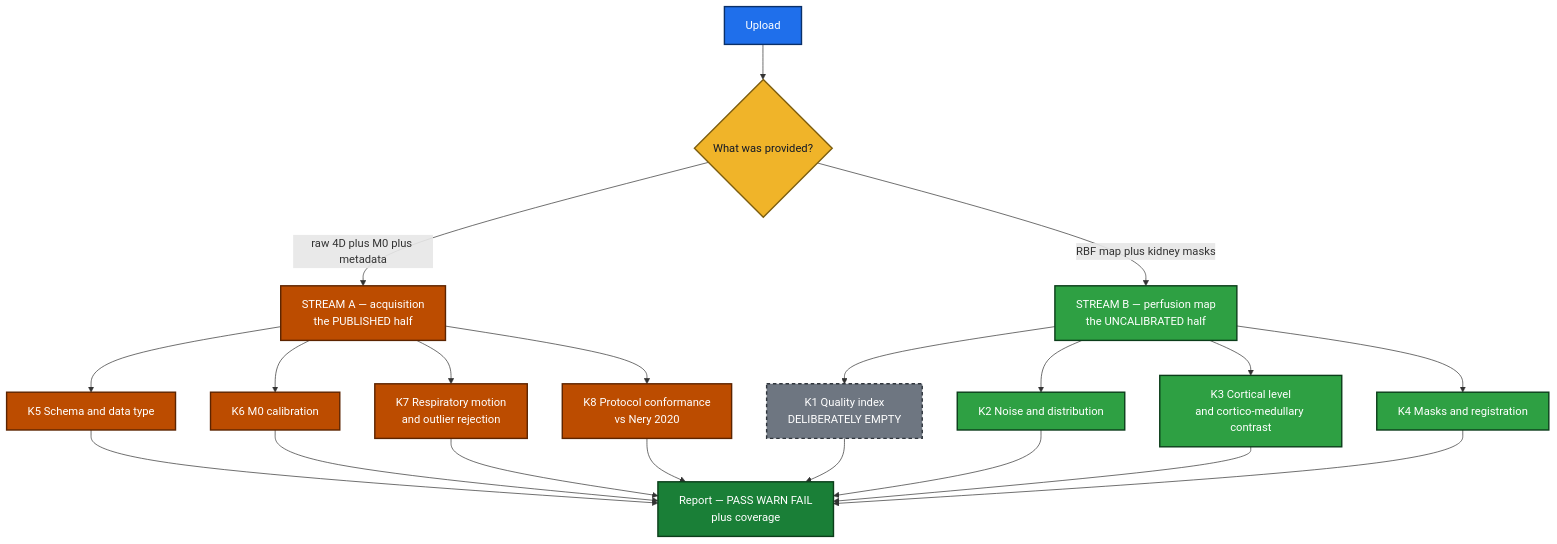
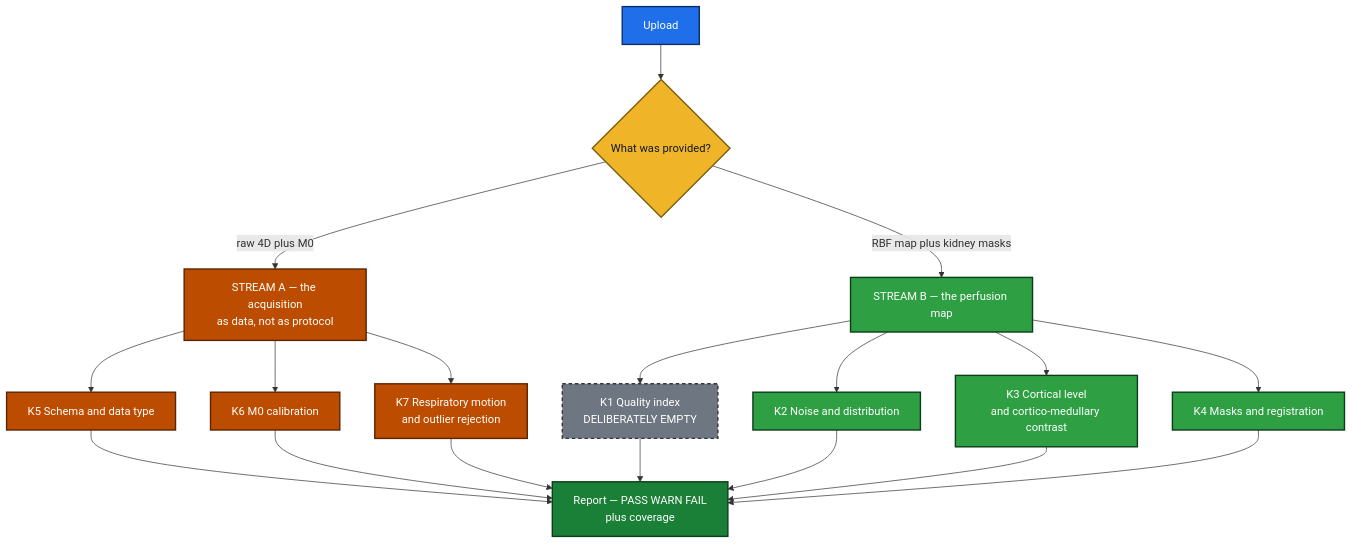
The second of 2 diagrams in kidney/KIDNEY_QC_ONE_PAGER.md (Jitmisra/OSIPI-DOCS), drawn with Mermaid before and after one commit. The commit also changed other lines of this file and 10 other files, not shown here.

First line of the commit message:
kidney: drop module K8, protocol conformance is out of scope for v1

````diff
--- a/kidney/KIDNEY_QC_ONE_PAGER.md
+++ b/kidney/KIDNEY_QC_ONE_PAGER.md
@@ -84,34 +85,32 @@
 ```mermaid
 flowchart TD
   U["Upload"] --> D{"What was provided?"}
-  D -->|"raw 4D plus M0 plus metadata"| A["STREAM A — acquisition<br/>the PUBLISHED half"]
-  D -->|"RBF map plus kidney masks"| B["STREAM B — perfusion map<br/>the UNCALIBRATED half"]
+  D -->|"raw 4D plus M0"| A["STREAM A — the acquisition<br/>as data, not as protocol"]
+  D -->|"RBF map plus kidney masks"| B["STREAM B — the perfusion map"]
   A --> K5["K5 Schema and data type"]
   A --> K6["K6 M0 calibration"]
   A --> K7["K7 Respiratory motion<br/>and outlier rejection"]
-  A --> K8["K8 Protocol conformance<br/>vs Nery 2020"]
   B --> K1["K1 Quality index<br/>DELIBERATELY EMPTY"]
   B --> K2["K2 Noise and distribution"]
   B --> K3["K3 Cortical level<br/>and cortico-medullary contrast"]
   B --> K4["K4 Masks and registration"]
   K5 --> R["Report — PASS WARN FAIL<br/>plus coverage"]
   K6 --> R
   K7 --> R
-  K8 --> R
   K1 --> R
   K2 --> R
   K3 --> R
   K4 --> R
   classDef a fill:#bc4c00,color:#fff,stroke:#5c2400,stroke-width:2px;
   classDef b fill:#2ea043,color:#fff,stroke:#0b3d1a,stroke-width:2px;
   classDef d fill:#f0b429,color:#111827,stroke:#7d5e0f,stroke-width:2px;
   classDef u fill:#1f6feb,color:#fff,stroke:#0a3069,stroke-width:2px;
   classDef r fill:#1a7f37,color:#fff,stroke:#0b3d1a,stroke-width:2px;
   classDef empty fill:#6e7681,color:#fff,stroke:#30363d,stroke-width:2px,stroke-dasharray:5 4;
   class U u;
   class D d;
-  class A,K5,K6,K7,K8 a;
+  class A,K5,K6,K7 a;
   class B,K2,K3,K4 b;
   class K1 empty;
   class R r;
 ```
````
